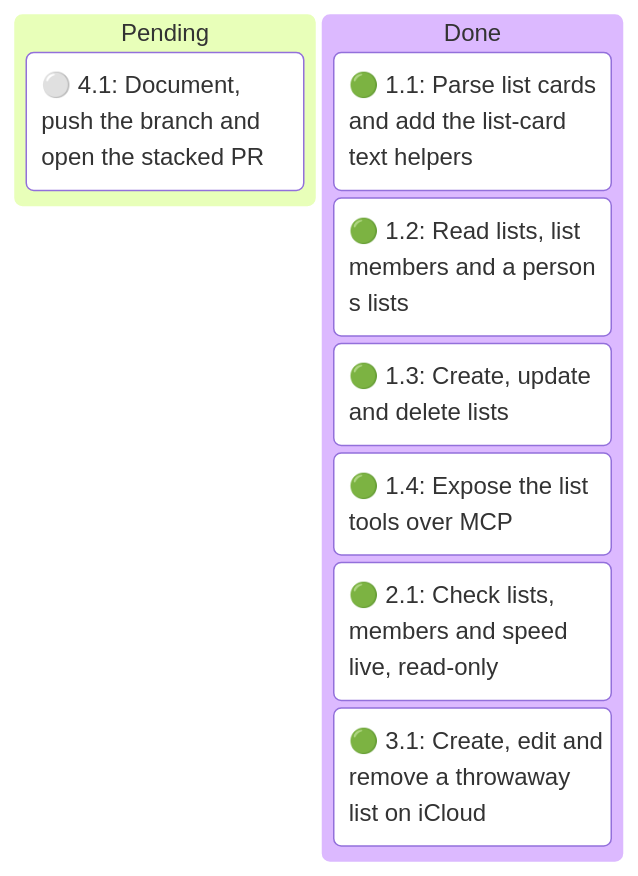
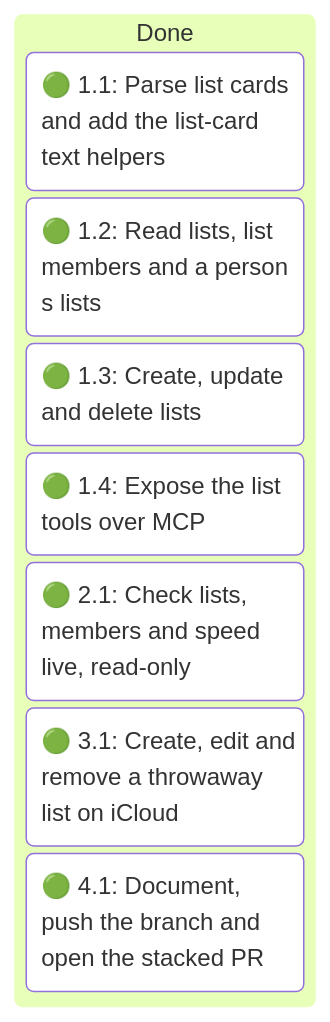
The first of 2 diagrams in .specs/contacts-lists/05_execution.md (sohampatwardhan/icloud-mcp), drawn with Mermaid before and after one commit. The commit also changed other lines of this file and 5 other files, not shown here.

````diff
--- a/.specs/contacts-lists/05_execution.md
+++ b/.specs/contacts-lists/05_execution.md
@@ -57,12 +57,11 @@
 ```mermaid
 kanban
-  pending[Pending]
-    t_kanban_4_1[⚪ 4.1: Document, push the branch and open the stacked PR]
   done[Done]
     t_kanban_1_1[🟢 1.1: Parse list cards and add the list-card text helpers]
     t_kanban_1_2[🟢 1.2: Read lists, list members and a person s lists]
     t_kanban_1_3[🟢 1.3: Create, update and delete lists]
     t_kanban_1_4[🟢 1.4: Expose the list tools over MCP]
     t_kanban_2_1[🟢 2.1: Check lists, members and speed live, read-only]
     t_kanban_3_1[🟢 3.1: Create, edit and remove a throwaway list on iCloud]
+    t_kanban_4_1[🟢 4.1: Document, push the branch and open the stacked PR]
 ```
````
